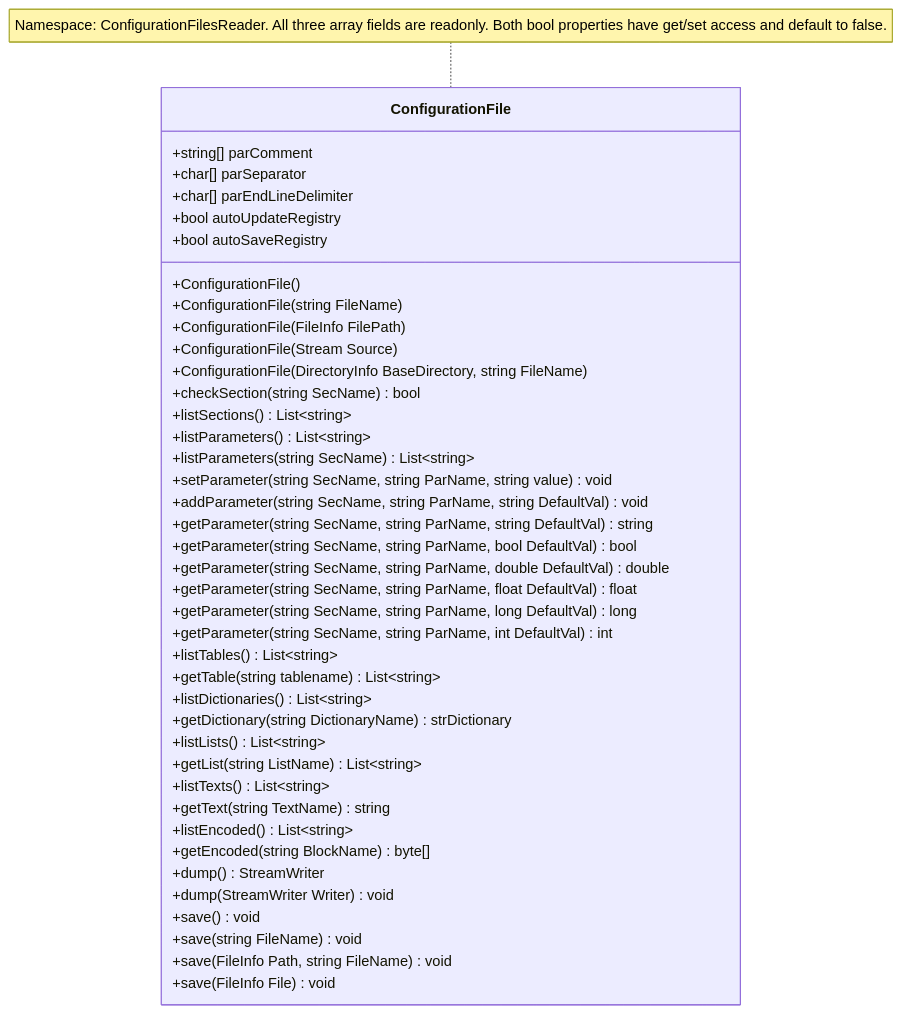
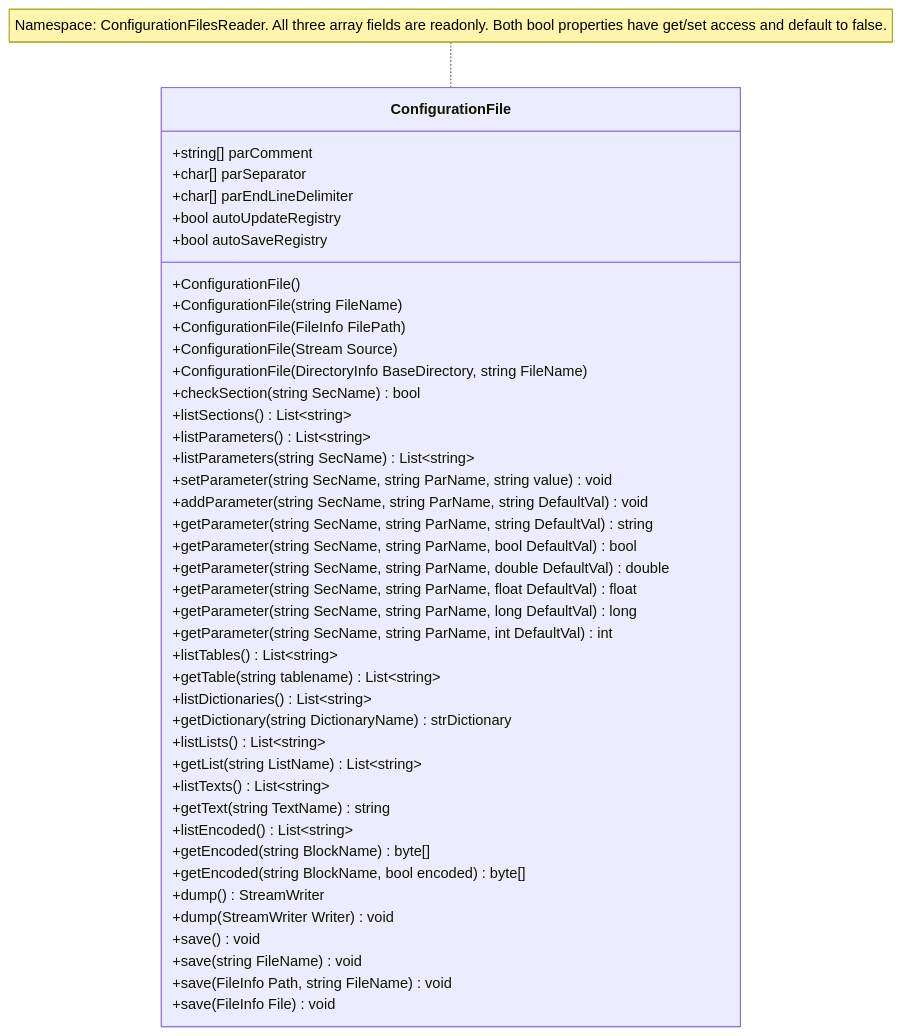
The diagram in README.md (delloiaconos/IniLike), drawn with Mermaid before and after one commit. The commit also changed other lines of this file and 2 other files, not shown here.

Commit message:
Added support for getting non encoded data.

````diff
--- a/README.md
+++ b/README.md
@@ -177,52 +177,53 @@
 ```mermaid
 classDiagram
     class ConfigurationFile {
         %% Shared settings and constructors
         +string[] parComment
         +char[] parSeparator
         +char[] parEndLineDelimiter
         +bool autoUpdateRegistry
         +bool autoSaveRegistry
         +ConfigurationFile()
         +ConfigurationFile(string FileName)
         +ConfigurationFile(FileInfo FilePath)
         +ConfigurationFile(Stream Source)
         +ConfigurationFile(DirectoryInfo BaseDirectory, string FileName)
         %% Sections and parameters
         +checkSection(string SecName) bool
         +listSections() List~string~
         +listParameters() List~string~
         +listParameters(string SecName) List~string~
         +setParameter(string SecName, string ParName, string value) void
         +addParameter(string SecName, string ParName, string DefaultVal) void
         +getParameter(string SecName, string ParName, string DefaultVal) string
         +getParameter(string SecName, string ParName, bool DefaultVal) bool
         +getParameter(string SecName, string ParName, double DefaultVal) double
         +getParameter(string SecName, string ParName, float DefaultVal) float
         +getParameter(string SecName, string ParName, long DefaultVal) long
         +getParameter(string SecName, string ParName, int DefaultVal) int
         %% Tables
         +listTables() List~string~
         +getTable(string tablename) List~string~
         %% Dictionaries
         +listDictionaries() List~string~
         +getDictionary(string DictionaryName) strDictionary
         %% Lists
         +listLists() List~string~
         +getList(string ListName) List~string~
         %% Text blocks
         +listTexts() List~string~
         +getText(string TextName) string
         %% Encoded blocks
         +listEncoded() List~string~
         +getEncoded(string BlockName) byte[]
+        +getEncoded(string BlockName, bool encoded) byte[]
         %% Persistence
         +dump() StreamWriter
         +dump(StreamWriter Writer) void
         +save() void
         +save(string FileName) void
         +save(FileInfo Path, string FileName) void
         +save(FileInfo File) void
     }
     note for ConfigurationFile "Namespace: ConfigurationFilesReader. All three array fields are readonly. Both bool properties have get/set access and default to false."
 ```
````
